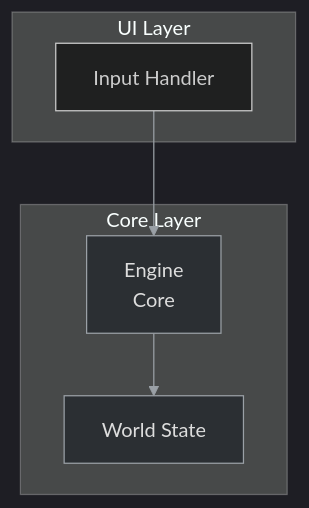
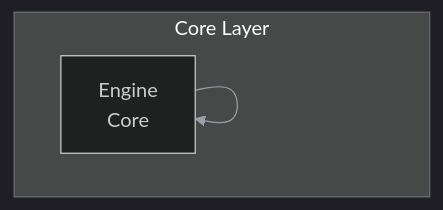
Before and after one commit to lukaszj321/otcv8-dev: the diagram in docs/authoring/_instructions/diagram_system/README.md, drawn with Mermaid. The commit also changed other lines of this file, not shown here.

````diff
--- a/docs/authoring/_instructions/diagram_system/README.md
+++ b/docs/authoring/_instructions/diagram_system/README.md
@@ -273,17 +236,10 @@
 ```mermaid
 %%{init: {'theme':'dark','themeVariables': {'primaryTextColor':'#ddd','lineColor':'#9aa0a6'}, 'securityLevel':'loose'}}%%
 graph TD
   subgraph "Core Layer"
-    A["Engine<br/>Core"]
-    B["World State"]
+    engine["Engine<br/>Core"]
   end
-  subgraph "UI Layer"
-    C["Input Handler"]
-  end
-  A --> B
-  C --> A
-  classDef core fill:#2b2f33,stroke:#9aa0a6,color:#ddd;
-  class A,B core
-  click A "./index.html#facet-01_core.engine" "Open Engine docs"
+  engine --> engine
+  click engine "./index.html#facet-01_core.engine" "Open Engine"
   %% Fallback: Engine -> ./index.html#facet-01_core.engine
 ```
````
